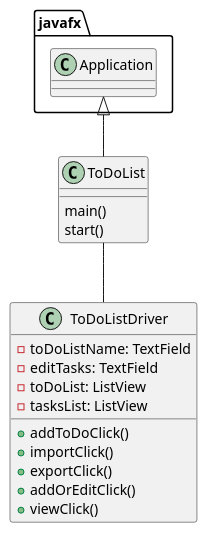
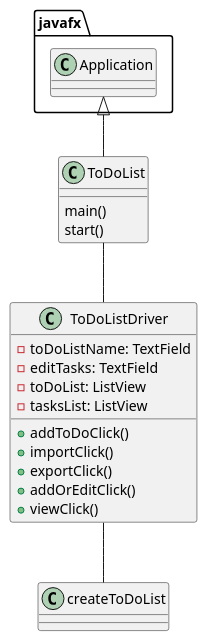
One commit to fshofiquel/shofiquel-cop3330-assignment4 changed the diagram in uml/ToDoList.puml. Above: the diagram before and after it, drawn with PlantUML. The commit also changed 1 other file, not shown here.

```diff
--- a/uml/ToDoList.puml
+++ b/uml/ToDoList.puml
@@ -1,32 +1,37 @@
 @startuml
 'https://plantuml.com/class-diagram
 
 class ToDoList
 {
     main()
     start()
 }
 
 class ToDoListDriver
 {
     - toDoListName: TextField
     - editTasks: TextField
     - toDoList: ListView
     - tasksList: ListView
 
 
     + addToDoClick()
     + importClick()
     + exportClick()
     + addOrEditClick()
     + viewClick()
 }
 
+class createToDoList
+{
+}
+
 
 javafx.Application <|-- ToDoList
 
 ToDoList -- ToDoListDriver
+ToDoListDriver -- createToDoList
 
 
 
 @enduml
```
